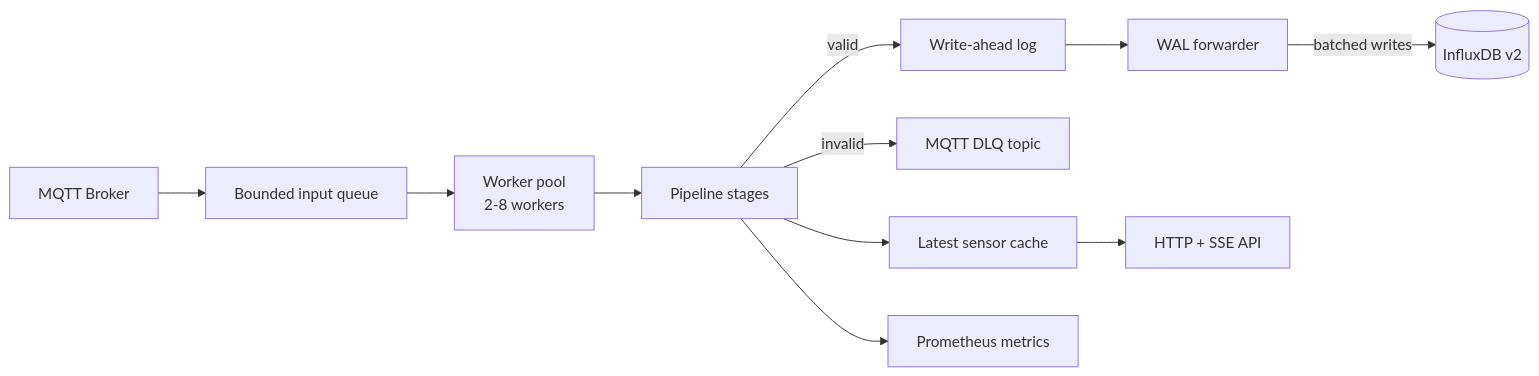
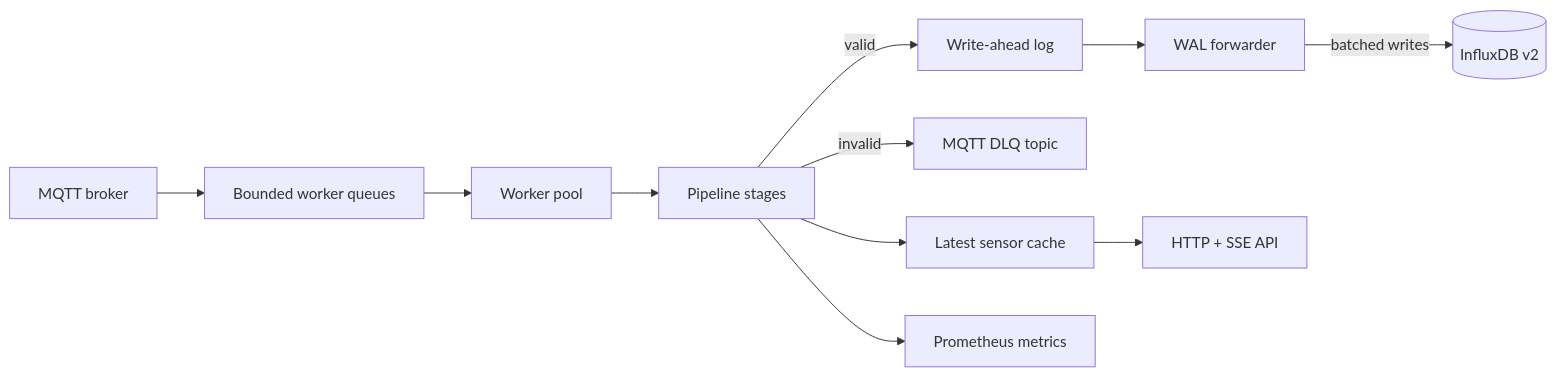
One commit to hengsti/ingestion-service changed the diagram in readme.md. Above: the diagram before and after it, drawn with Mermaid. The commit also changed other lines of this file and 11 other files, not shown here.

````diff
--- a/readme.md
+++ b/readme.md
@@ -21,13 +25,13 @@
 ```mermaid
 graph LR
-    MQTT[MQTT Broker] --> Q[Bounded input queue]
-    Q --> W[Worker pool\n2-8 workers]
+    MQTT[MQTT broker] --> Q[Bounded worker queues]
+    Q --> W[Worker pool]
     W --> P[Pipeline stages]
     P -->|valid| WAL[Write-ahead log]
     P -->|invalid| DLQ[MQTT DLQ topic]
     WAL --> F[WAL forwarder]
     F -->|batched writes| IDB[(InfluxDB v2)]
     P --> CACHE[Latest sensor cache]
     CACHE --> HTTP[HTTP + SSE API]
     P --> METRICS[Prometheus metrics]
 ```
````
